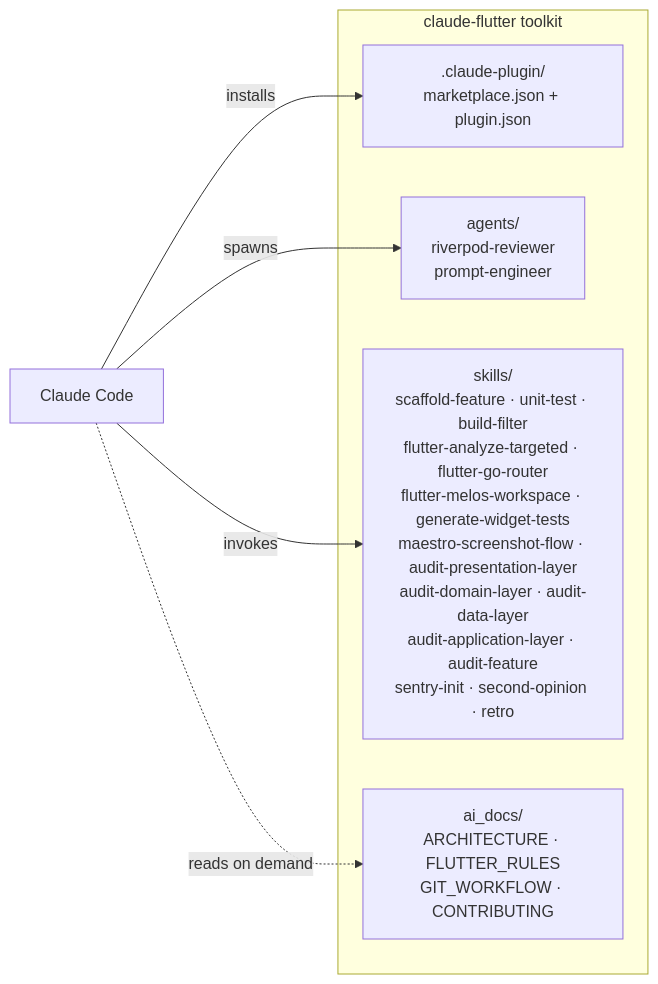
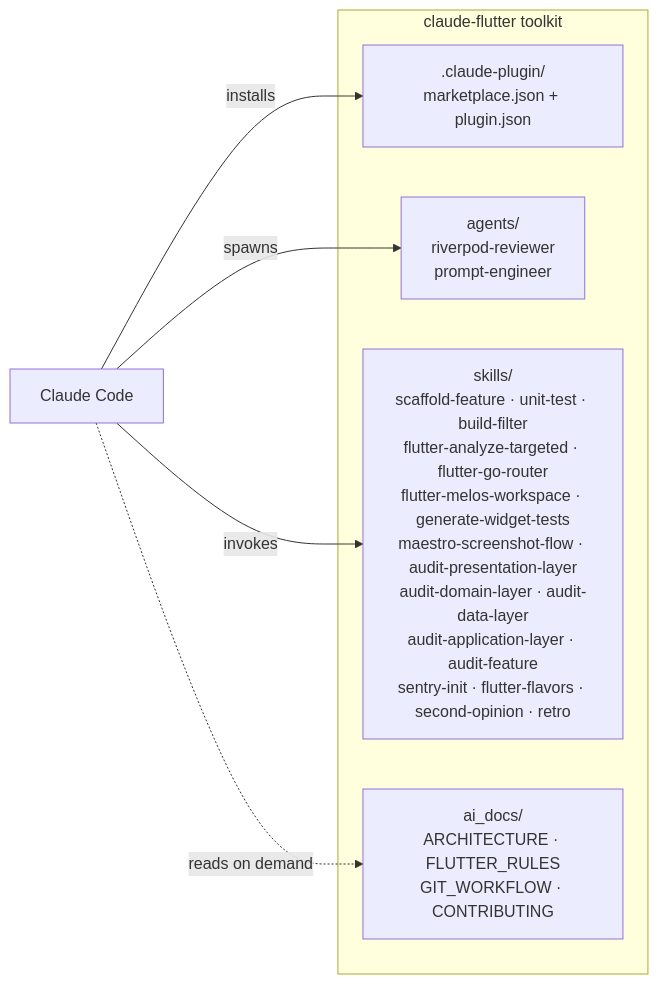
Before and after one commit to iamantoniodinuzzo/claude-flutter: the diagram in ai_docs/ARCHITECTURE.md, drawn with Mermaid. The commit also changed other lines of this file and 1 other file, not shown here.

Commit message:
docs: register flutter-flavors skill in README and ARCHITECTURE (ref #46)

````diff
--- a/ai_docs/ARCHITECTURE.md
+++ b/ai_docs/ARCHITECTURE.md
@@ -20,16 +20,16 @@
 ```mermaid
 flowchart LR
     subgraph Repo["claude-flutter toolkit"]
         plugin[".claude-plugin/\nmarketplace.json + plugin.json"]
         agents["agents/\nriverpod-reviewer\nprompt-engineer"]
-        skills["skills/\nscaffold-feature · unit-test · build-filter\nflutter-analyze-targeted · flutter-go-router\nflutter-melos-workspace · generate-widget-tests\nmaestro-screenshot-flow · audit-presentation-layer\naudit-domain-layer · audit-data-layer\naudit-application-layer · audit-feature\nsentry-init · second-opinion · retro"]
+        skills["skills/\nscaffold-feature · unit-test · build-filter\nflutter-analyze-targeted · flutter-go-router\nflutter-melos-workspace · generate-widget-tests\nmaestro-screenshot-flow · audit-presentation-layer\naudit-domain-layer · audit-data-layer\naudit-application-layer · audit-feature\nsentry-init · flutter-flavors · second-opinion · retro"]
         aidocs["ai_docs/\nARCHITECTURE · FLUTTER_RULES\nGIT_WORKFLOW · CONTRIBUTING"]
     end
 
     cc[Claude Code]
 
     cc -->|installs| plugin
     cc -->|invokes| skills
     cc -->|spawns| agents
     cc -.->|reads on demand| aidocs
 ```
````
